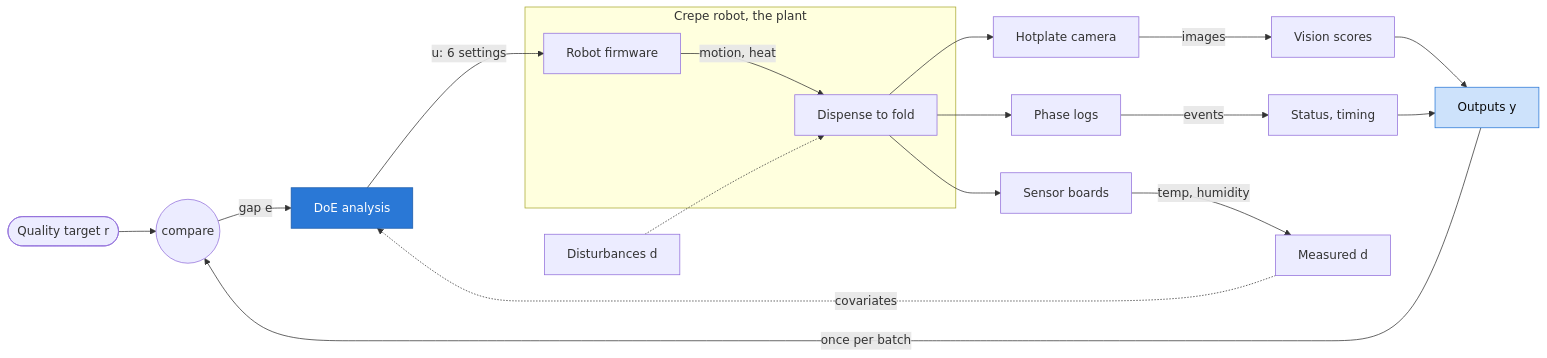
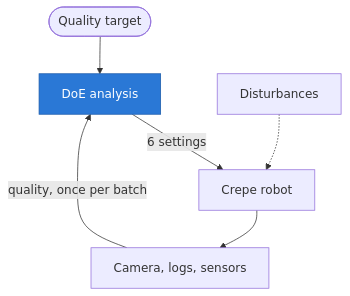
One commit to leonardoAB1/maus-crepe-insights changed the fifth of 5 diagrams in readme.md. Above: the diagram before and after it, drawn with Mermaid. The commit also changed other lines of this file and 3 other files, not shown here.

Commit message:
docs: simplify the doe control loop diagram in the readme

````diff
--- a/readme.md
+++ b/readme.md
@@ -214,23 +214,10 @@
 ```mermaid
-flowchart LR
-    r([Quality target r]) --> cmp((compare))
-    cmp -->|gap e| ctrl[DoE analysis]
-    ctrl -->|u: 6 settings| fw
-    subgraph plant [Crepe robot, the plant]
-        fw[Robot firmware] -->|motion, heat| proc[Dispense to fold]
-    end
-    d[Disturbances d] -.-> proc
-    proc --> cam[Hotplate camera]
-    proc --> logs[Phase logs]
-    proc --> env[Sensor boards]
-    cam -->|images| vis[Vision scores]
-    logs -->|events| stat[Status, timing]
-    env -->|temp, humidity| dm[Measured d]
-    vis --> y[Outputs y]
-    stat --> y
-    y -->|once per batch| cmp
-    dm -.->|covariates| ctrl
+flowchart TB
+    r([Quality target]) --> ctrl[DoE analysis]
+    ctrl -->|6 settings| robot[Crepe robot]
+    d[Disturbances] -.-> robot
+    robot --> sense[Camera, logs, sensors]
+    sense -->|quality, once per batch| ctrl
 
     style ctrl fill:#2a78d6,stroke:#1c5cab,color:#ffffff
-    style y fill:#cde2fb,stroke:#2a78d6,color:#0b0b0b
 ```
````
